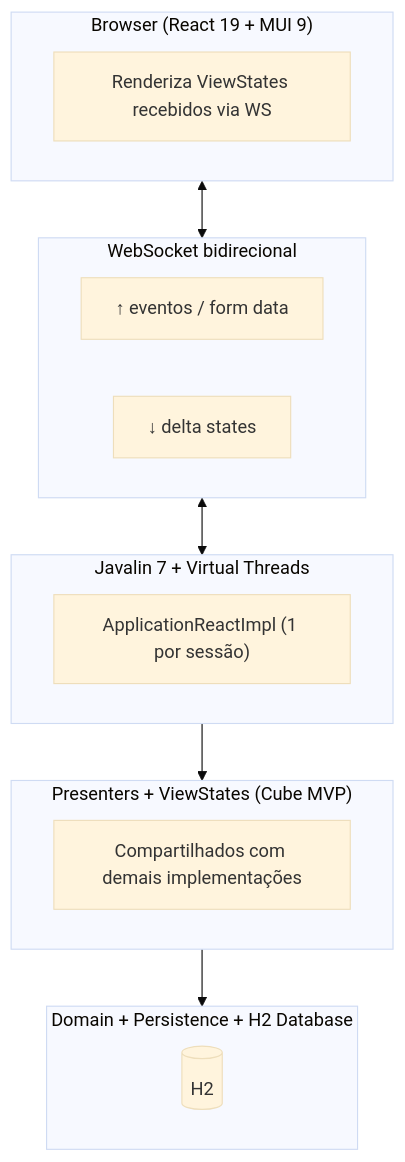
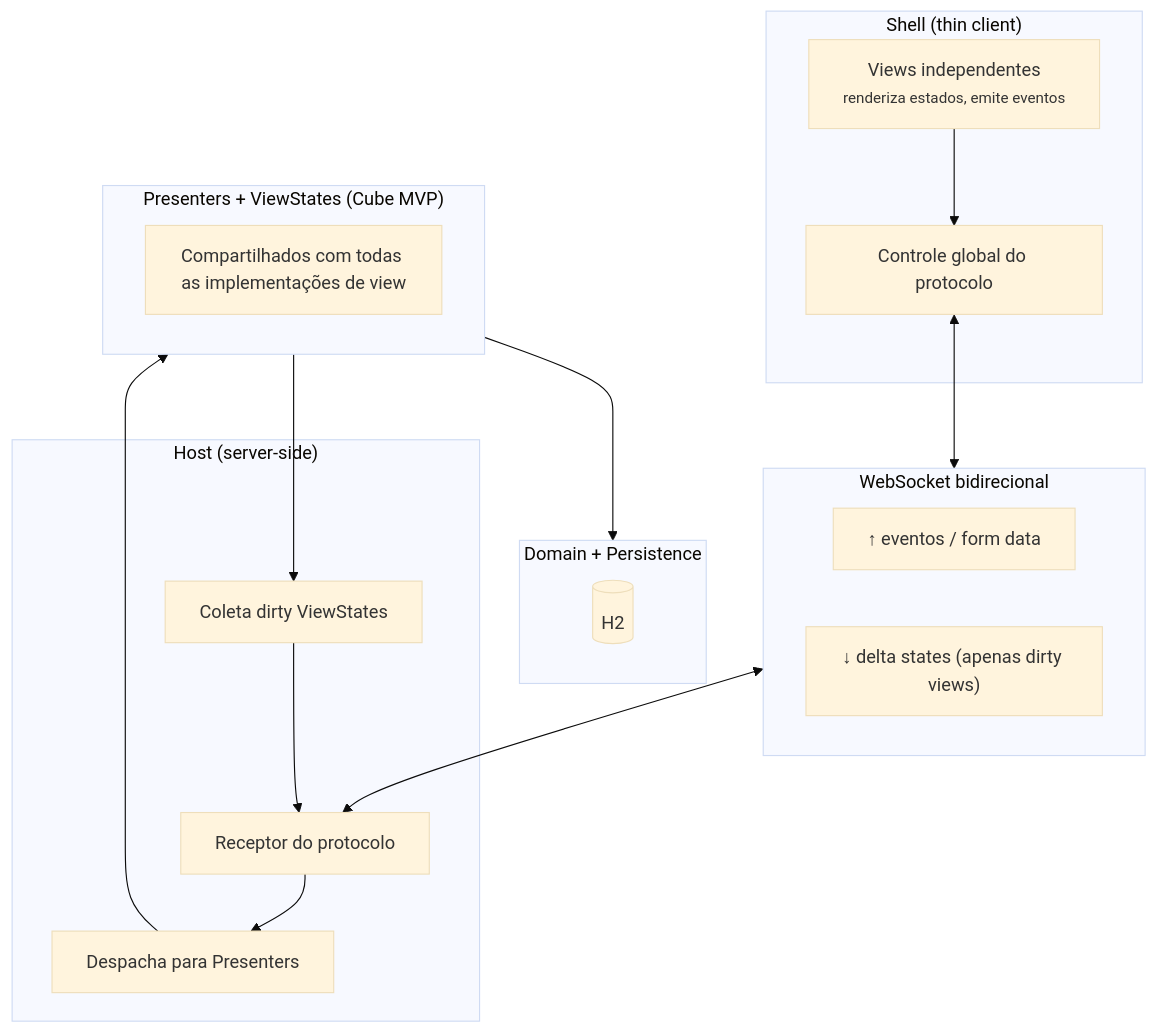
One commit to mrcdom/wdc-cube-java-v2 changed the diagram in fontes/br.com.wdc.shopping/br.com.wdc.shopping.view.remote/README.md. Above: the diagram before and after it, drawn with Mermaid (base theme). The commit also changed other lines of this file, not shown here.

Commit message:
📝 [DOCS] Reescrito README do view.remote com arquitetura host/shell

````diff
--- a/fontes/br.com.wdc.shopping/br.com.wdc.shopping.view.remote/README.md
+++ b/fontes/br.com.wdc.shopping/br.com.wdc.shopping.view.remote/README.md
@@ -11,25 +17,32 @@
 ```mermaid
 graph TD
-    subgraph Browser["Browser (React 19 + MUI 9)"]
-        render["Renderiza ViewStates recebidos via WS"]
+    subgraph Shell["Shell (thin client)"]
+        views["Views independentes<br/><small>renderiza estados, emite eventos</small>"]
+        proto_c["Controle global do protocolo"]
     end
 
     subgraph Transport["WebSocket bidirecional"]
         up["↑ eventos / form data"]
-        down["↓ delta states"]
+        down["↓ delta states (apenas dirty views)"]
     end
 
-    subgraph Server["Javalin 7 + Virtual Threads"]
-        app["ApplicationReactImpl (1 por sessão)"]
+    subgraph Host["Host (server-side)"]
+        proto_s["Receptor do protocolo"]
+        dispatch["Despacha para Presenters"]
+        collect["Coleta dirty ViewStates"]
     end
 
     subgraph Core["Presenters + ViewStates (Cube MVP)"]
-        presenters["Compartilhados com demais implementações"]
+        presenters["Compartilhados com todas as implementações de view"]
     end
 
-    subgraph Data["Domain + Persistence + H2 Database"]
+    subgraph Data["Domain + Persistence"]
         db[("H2")]
     end
 
-    Browser <--> Transport <--> Server --> Core --> Data
+    views --> proto_c
+    proto_c <--> Transport
+    Transport <--> proto_s
+    proto_s --> dispatch --> Core --> Data
+    Core --> collect --> proto_s
 ```
````
